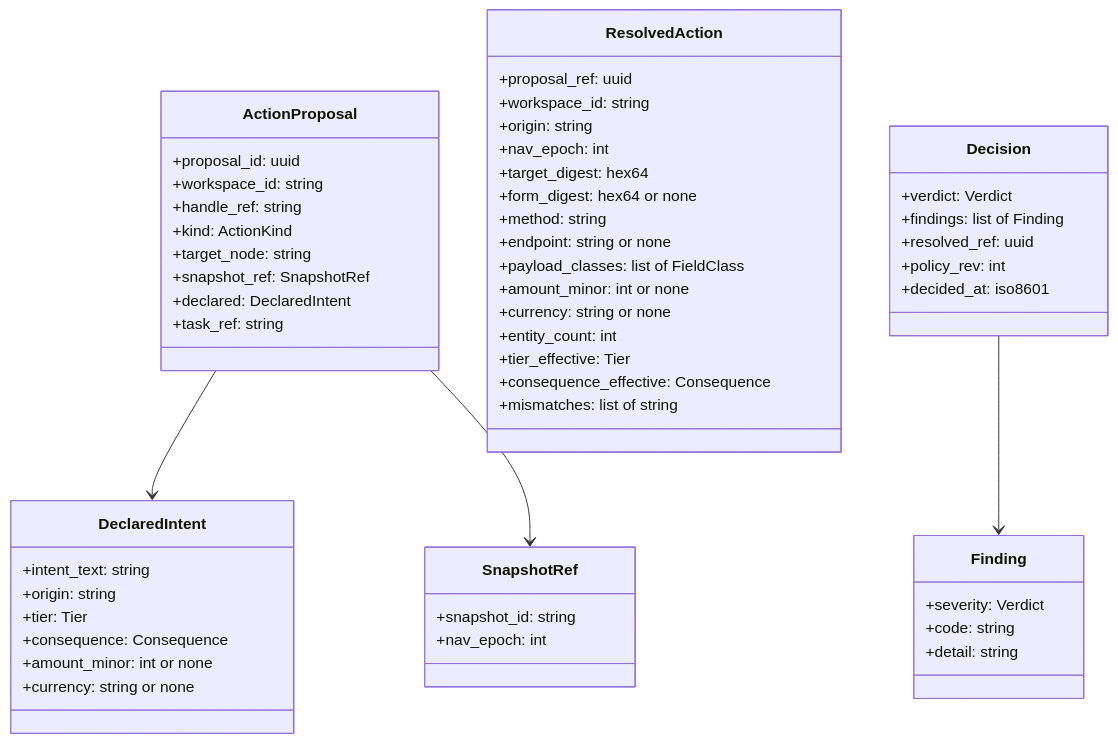
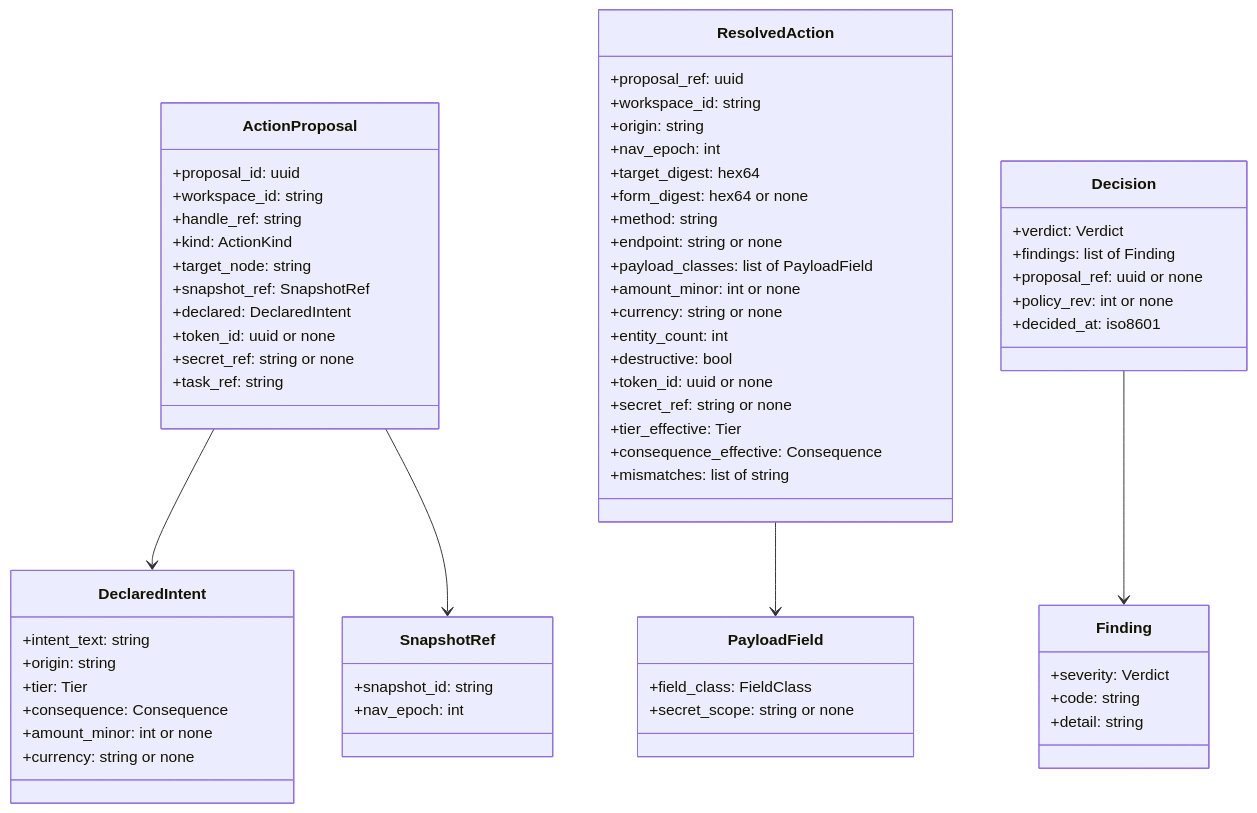
Before and after one commit to febufenn-cyber/drawing-office-v2: the second of 9 diagrams in designs/browser-os-action-control-plane/LLD.md, drawn with Mermaid. The commit also changed other lines of this file and 2 other files, not shown here.

````diff
--- a/designs/browser-os-action-control-plane/LLD.md
+++ b/designs/browser-os-action-control-plane/LLD.md
@@ -70,57 +71,67 @@
 ```mermaid
 classDiagram
     class ActionProposal {
         +proposal_id: uuid
         +workspace_id: string
         +handle_ref: string
         +kind: ActionKind
         +target_node: string
         +snapshot_ref: SnapshotRef
         +declared: DeclaredIntent
+        +token_id: uuid or none
+        +secret_ref: string or none
         +task_ref: string
     }
     class DeclaredIntent {
         +intent_text: string
         +origin: string
         +tier: Tier
         +consequence: Consequence
         +amount_minor: int or none
         +currency: string or none
     }
     class SnapshotRef {
         +snapshot_id: string
         +nav_epoch: int
     }
     class ResolvedAction {
         +proposal_ref: uuid
         +workspace_id: string
         +origin: string
         +nav_epoch: int
         +target_digest: hex64
         +form_digest: hex64 or none
         +method: string
         +endpoint: string or none
-        +payload_classes: list of FieldClass
+        +payload_classes: list of PayloadField
         +amount_minor: int or none
         +currency: string or none
         +entity_count: int
+        +destructive: bool
+        +token_id: uuid or none
+        +secret_ref: string or none
         +tier_effective: Tier
         +consequence_effective: Consequence
         +mismatches: list of string
+    }
+    class PayloadField {
+        +field_class: FieldClass
+        +secret_scope: string or none
     }
     class Finding {
         +severity: Verdict
         +code: string
         +detail: string
     }
     class Decision {
         +verdict: Verdict
         +findings: list of Finding
-        +resolved_ref: uuid
-        +policy_rev: int
+        +proposal_ref: uuid or none
+        +policy_rev: int or none
         +decided_at: iso8601
     }
     ActionProposal --> DeclaredIntent
     ActionProposal --> SnapshotRef
+    ResolvedAction --> PayloadField
     Decision --> Finding
 ```
````
